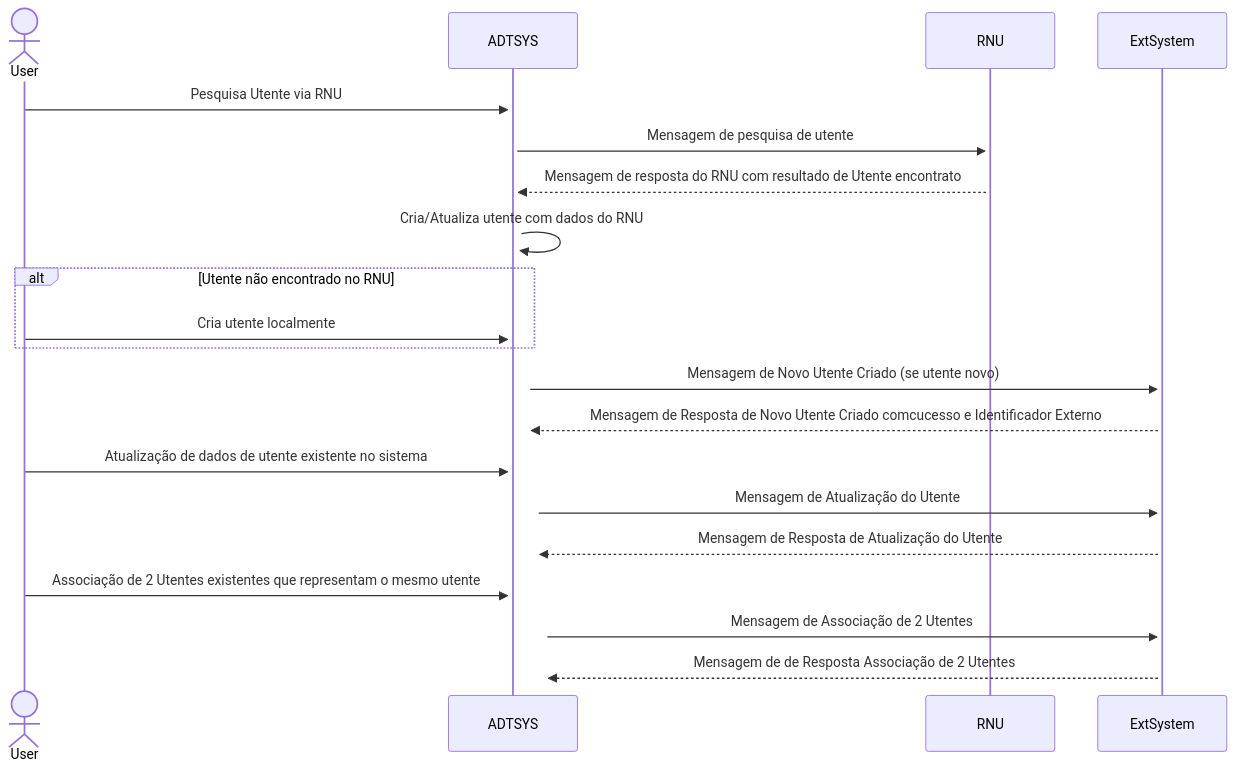
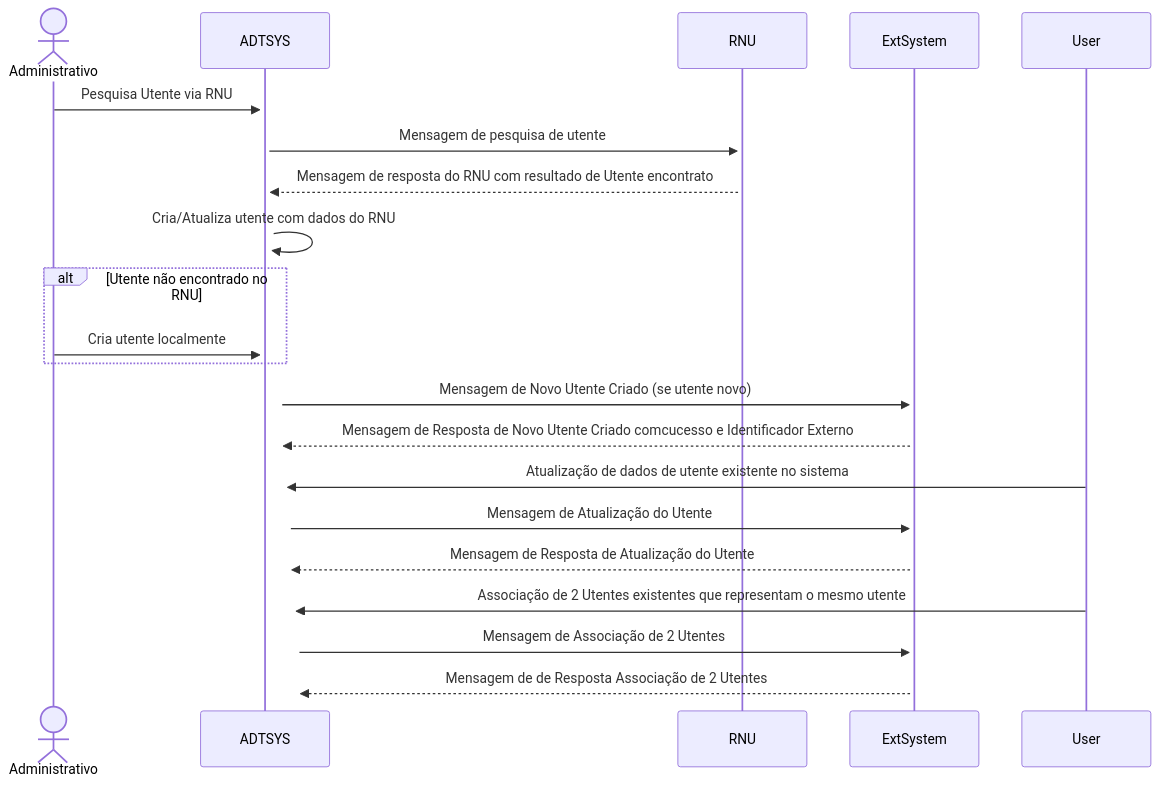
The second of 3 diagrams in input/pagecontent/background.md (hl7-pt/patient-admin-ig), drawn with Mermaid before and after one commit. The commit also changed other lines of this file, not shown here.

````diff
--- a/input/pagecontent/background.md
+++ b/input/pagecontent/background.md
@@ -38,20 +38,20 @@
 ```mermaid 
 sequenceDiagram
-    actor User
-    User->>+ADTSYS: Pesquisa Utente via RNU
+    actor Administrativo
+  Administrativo->>+ADTSYS: Pesquisa Utente via RNU
     ADTSYS->>+RNU: Mensagem de pesquisa de utente
     RNU-->>+ADTSYS: Mensagem de resposta do RNU com resultado de Utente encontrato
     ADTSYS->>+ADTSYS: Cria/Atualiza utente com dados do RNU
     alt Utente não encontrado no RNU
-        User->>+ADTSYS: Cria utente localmente
+      Administrativo->>+ADTSYS: Cria utente localmente
     end
     ADTSYS->>+ExtSystem: Mensagem de Novo Utente Criado (se utente novo)
     ExtSystem-->>+ADTSYS: Mensagem de Resposta de Novo Utente Criado comcucesso e Identificador Externo
     User->>+ADTSYS: Atualização de dados de utente existente no sistema
     ADTSYS->>+ExtSystem: Mensagem de Atualização do Utente
     ExtSystem-->>+ADTSYS: Mensagem de Resposta de Atualização do Utente
     User->>+ADTSYS: Associação de 2 Utentes existentes que representam o mesmo utente
     ADTSYS->>+ExtSystem: Mensagem de Associação de 2 Utentes
     ExtSystem-->>+ADTSYS: Mensagem de de Resposta Associação de 2 Utentes
 
 ```
````
